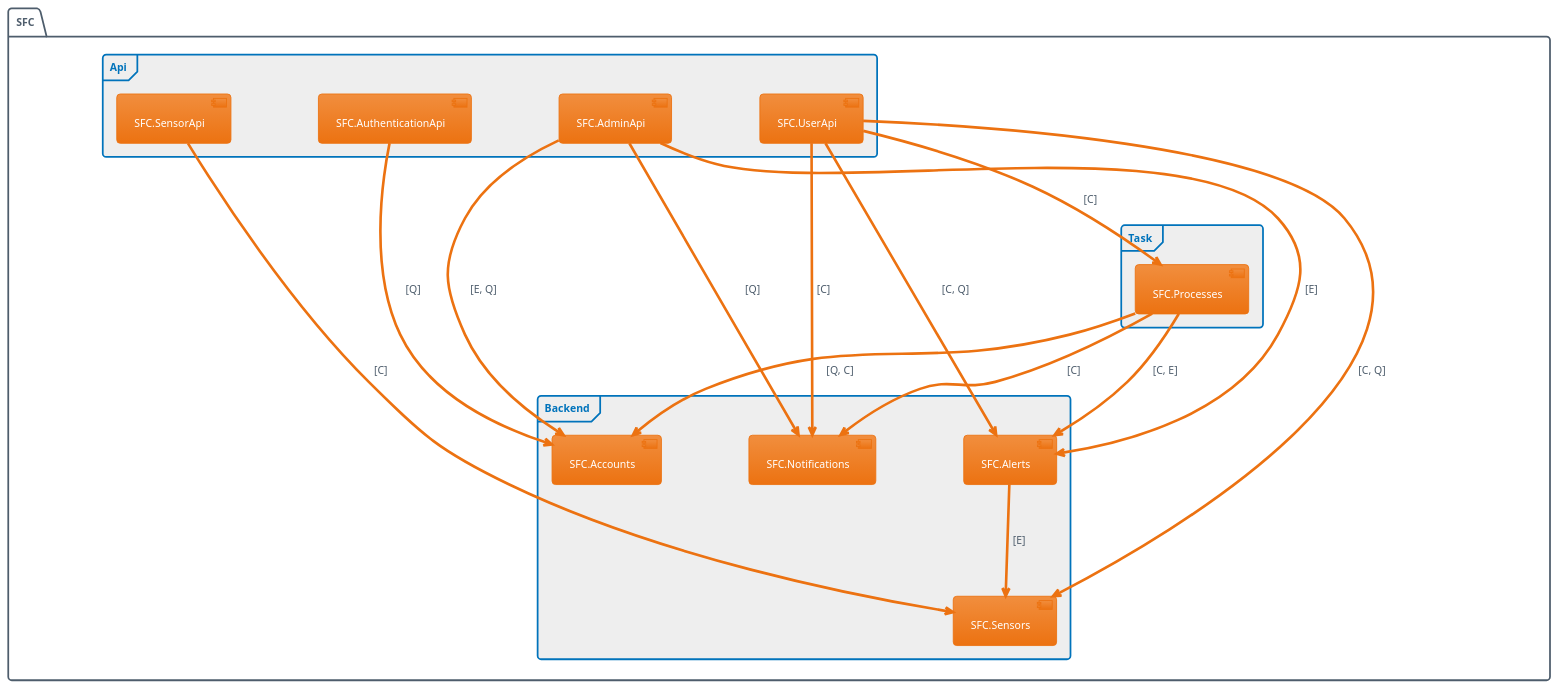
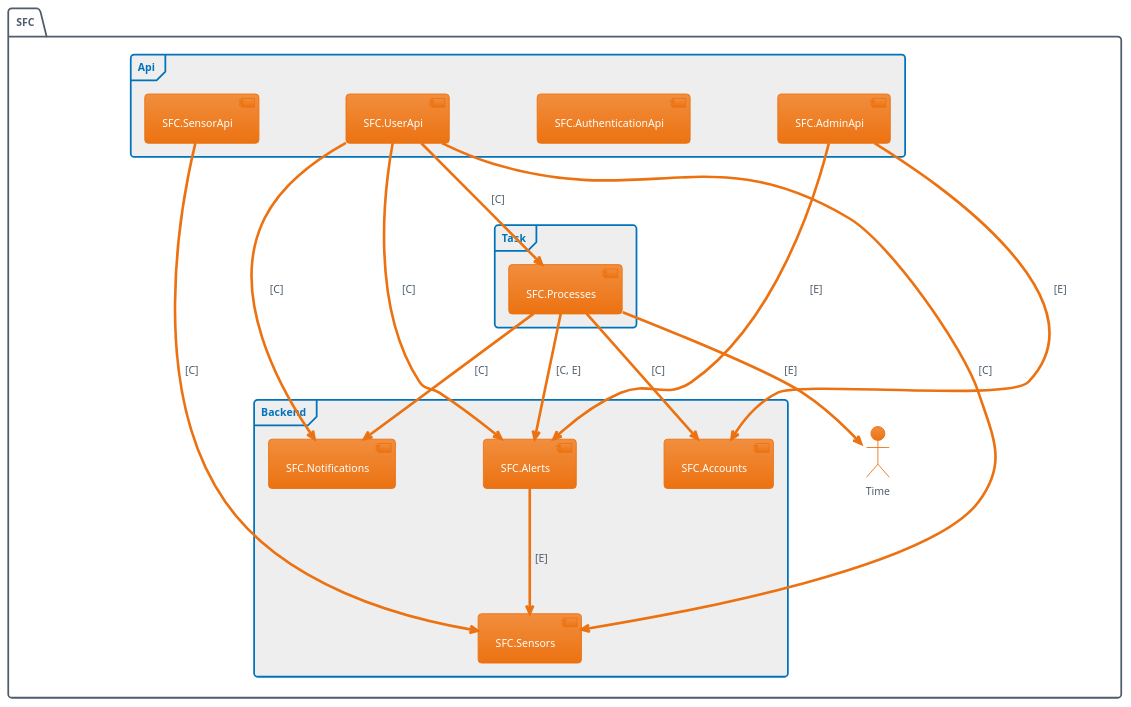
The diagram in docs/ArchitectureDocumentation/ComponentDiagram.puml (mr0zek/SmogFightClub), drawn with PlantUML before and after one commit. The commit also changed 120 other files, not shown here.

```diff
--- a/docs/ArchitectureDocumentation/ComponentDiagram.puml
+++ b/docs/ArchitectureDocumentation/ComponentDiagram.puml
@@ -2,36 +2,36 @@
 @startuml
 !theme aws-orange
 
 skinparam ranksep 100
 skinparam nodesep 100
 
 package SFC {
 frame Backend {
 [SFC.Accounts]
 [SFC.Alerts]
 [SFC.Notifications]
 [SFC.Sensors]
 }
 frame Api {
 [SFC.AdminApi]
 [SFC.AuthenticationApi]
 [SFC.SensorApi]
 [SFC.UserApi]
 }
 frame Task {
 [SFC.Processes]
 }
-[SFC.AdminApi] --> [SFC.Notifications] : [Q]
-[SFC.AdminApi] --> [SFC.Accounts] : [E, Q]
+:Time:
+[SFC.AdminApi] --> [SFC.Accounts] : [E]
 [SFC.AdminApi] --> [SFC.Alerts] : [E]
 [SFC.Alerts] --> [SFC.Sensors] : [E]
-[SFC.AuthenticationApi] --> [SFC.Accounts] : [Q]
-[SFC.Processes] --> [SFC.Accounts] : [Q, C]
 [SFC.Processes] --> [SFC.Notifications] : [C]
+[SFC.Processes] --> [SFC.Accounts] : [C]
 [SFC.Processes] --> [SFC.Alerts] : [C, E]
+[SFC.Processes] --> [Time] : [E]
 [SFC.SensorApi] --> [SFC.Sensors] : [C]
 [SFC.UserApi] --> [SFC.Notifications] : [C]
-[SFC.UserApi] --> [SFC.Sensors] : [C, Q]
-[SFC.UserApi] --> [SFC.Alerts] : [C, Q]
+[SFC.UserApi] --> [SFC.Sensors] : [C]
+[SFC.UserApi] --> [SFC.Alerts] : [C]
 [SFC.UserApi] --> [SFC.Processes] : [C]
 @enduml
```
